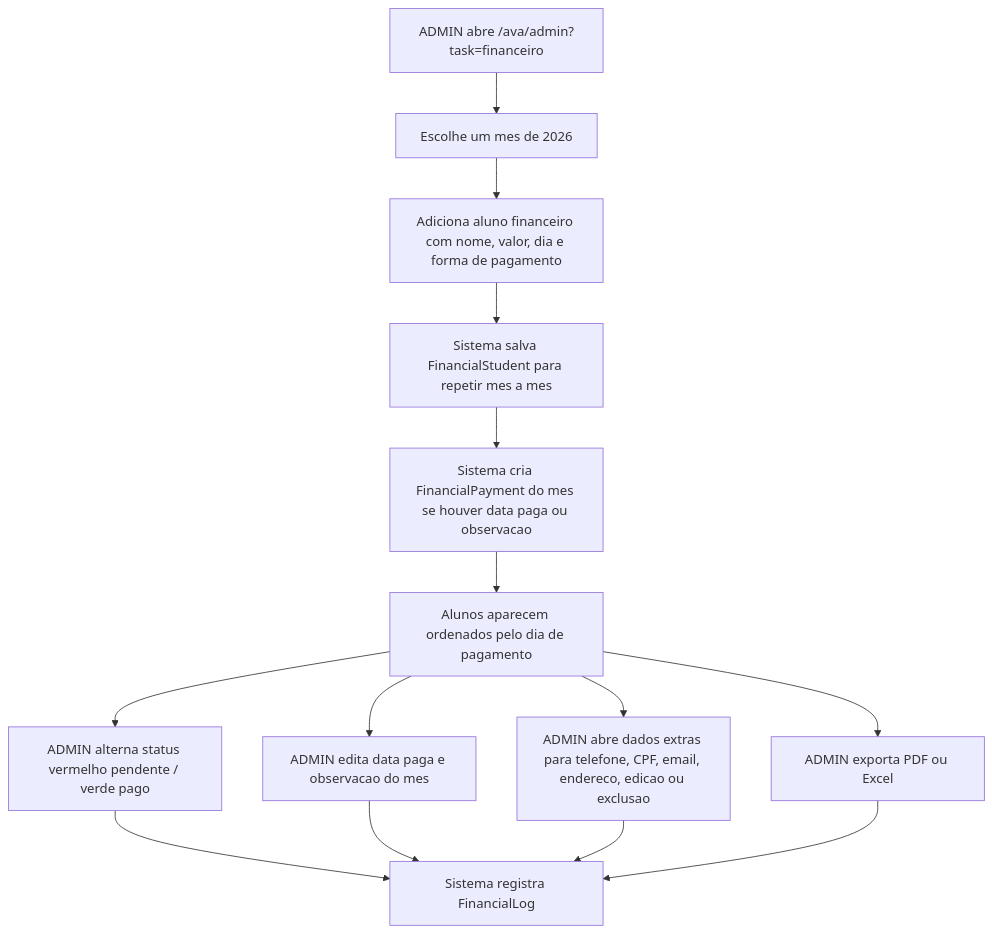
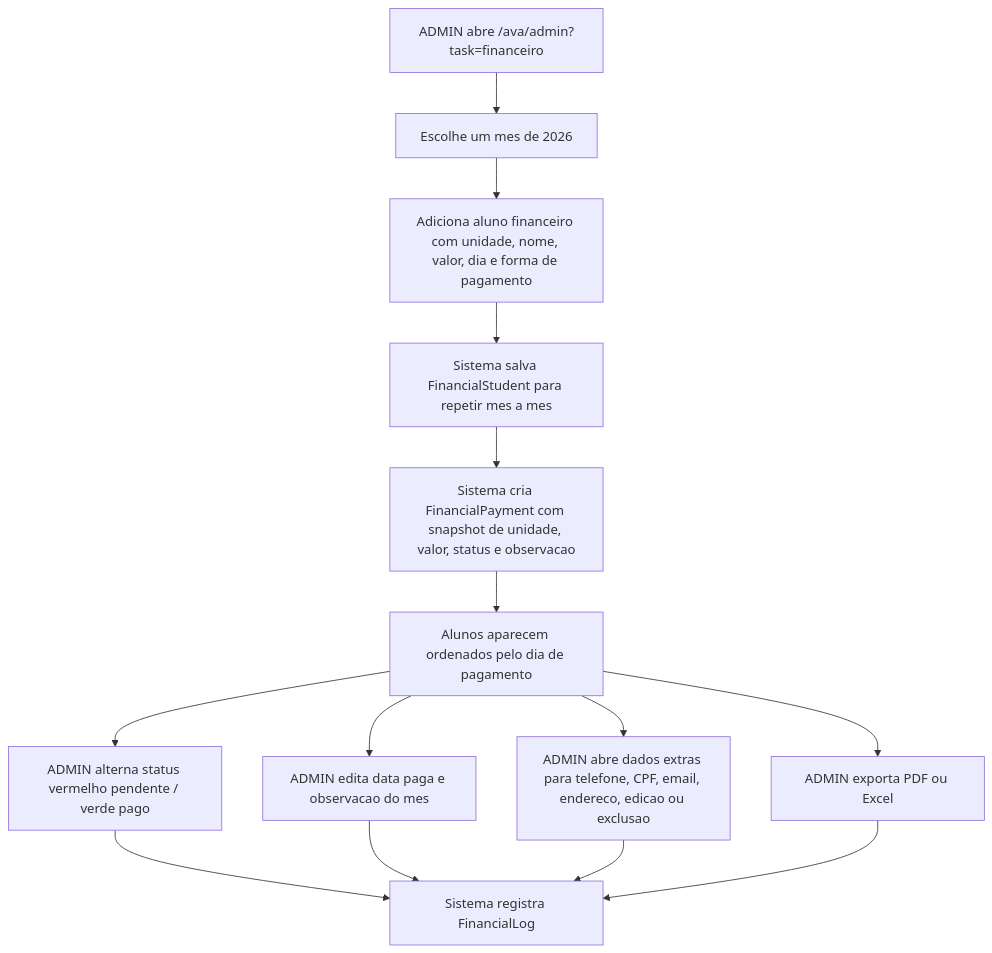
Before and after one commit to WilliYY/Candy-English: the ninth of 14 diagrams in docs/fluxos-ava.md, drawn with Mermaid. The commit also changed 15 other files, not shown here.

````diff
--- a/docs/fluxos-ava.md
+++ b/docs/fluxos-ava.md
@@ -192,16 +192,16 @@
 ```mermaid
 flowchart TD
   A["ADMIN abre /ava/admin?task=financeiro"] --> B["Escolhe um mes de 2026"]
-  B --> C["Adiciona aluno financeiro com nome, valor, dia e forma de pagamento"]
+  B --> C["Adiciona aluno financeiro com unidade, nome, valor, dia e forma de pagamento"]
   C --> D["Sistema salva FinancialStudent para repetir mes a mes"]
-  D --> E["Sistema cria FinancialPayment do mes se houver data paga ou observacao"]
+  D --> E["Sistema cria FinancialPayment com snapshot de unidade, valor, status e observacao"]
   E --> F["Alunos aparecem ordenados pelo dia de pagamento"]
   F --> G["ADMIN alterna status vermelho pendente / verde pago"]
   F --> H["ADMIN edita data paga e observacao do mes"]
   F --> I["ADMIN abre dados extras para telefone, CPF, email, endereco, edicao ou exclusao"]
   F --> J["ADMIN exporta PDF ou Excel"]
   G --> K["Sistema registra FinancialLog"]
   H --> K
   I --> K
   J --> K
 ```
````
